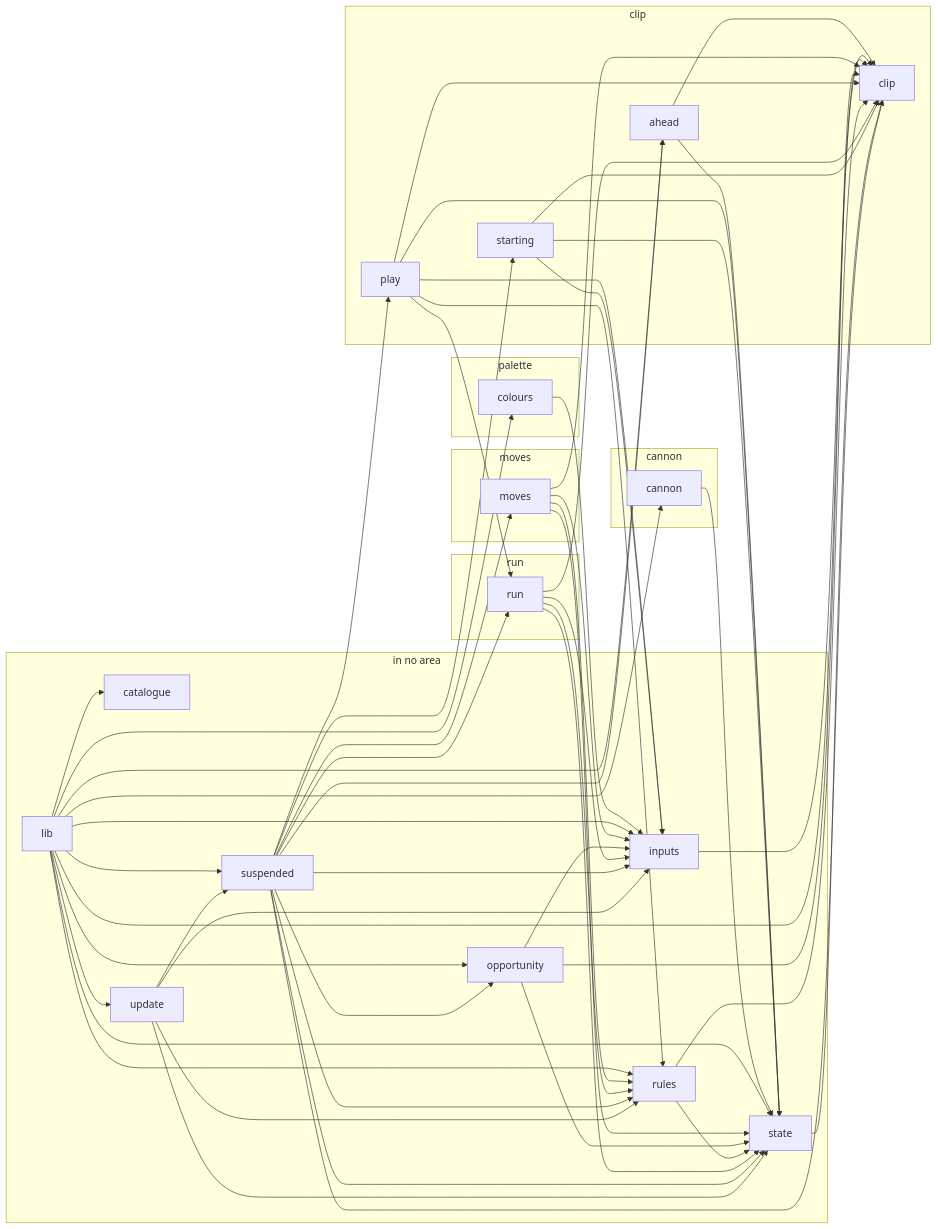
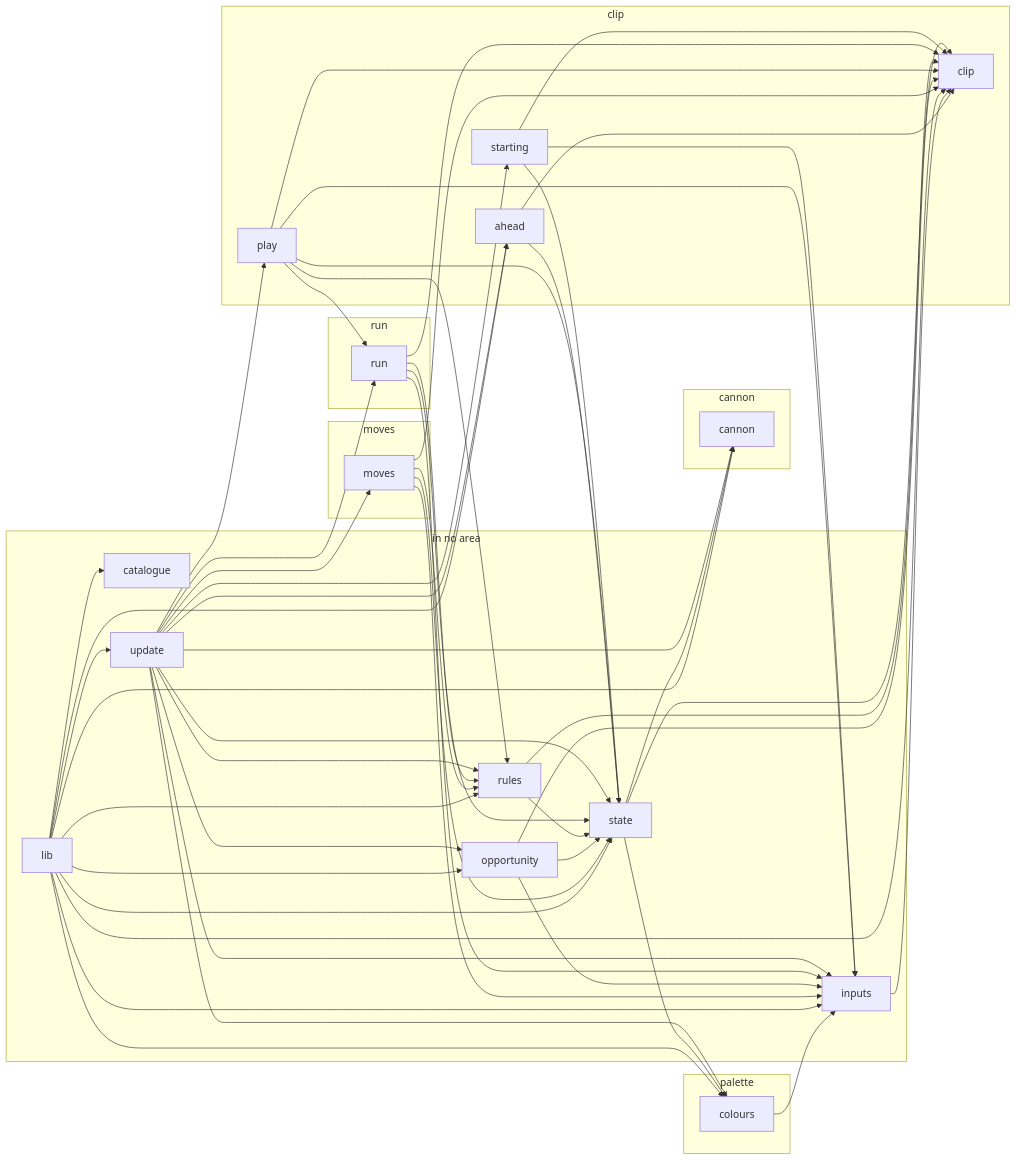
Diagram 11 of 18 in docs/REPORT.md (JimLundin/sm-decomp), drawn with Mermaid before and after one commit. The commit also changed other lines of this file and 80 other files, not shown here.

````diff
--- a/docs/REPORT.md
+++ b/docs/REPORT.md
@@ -1924,7 +1906,6 @@
     m_opportunity["opportunity"]
     m_rules["rules"]
     m_state["state"]
-    m_suspended["suspended"]
     m_update["update"]
   end
   subgraph a_cannon["cannon"]
@@ -1947,7 +1928,6 @@
   end
   m_ahead --> m_clip
   m_ahead --> m_state
-  m_cannon --> m_state
   m_colours --> m_inputs
   m_inputs --> m_clip
   m_lib --> m_ahead
@@ -1959,7 +1939,6 @@
   m_lib --> m_opportunity
   m_lib --> m_rules
   m_lib --> m_state
-  m_lib --> m_suspended
   m_lib --> m_update
   m_moves --> m_clip
   m_moves --> m_inputs
@@ -1982,19 +1961,18 @@
   m_starting --> m_clip
   m_starting --> m_inputs
   m_starting --> m_state
+  m_state --> m_cannon
   m_state --> m_clip
-  m_suspended --> m_ahead
-  m_suspended --> m_clip
-  m_suspended --> m_inputs
-  m_suspended --> m_moves
-  m_suspended --> m_opportunity
-  m_suspended --> m_play
-  m_suspended --> m_rules
-  m_suspended --> m_run
-  m_suspended --> m_starting
-  m_suspended --> m_state
+  m_state --> m_colours
+  m_update --> m_ahead
+  m_update --> m_cannon
+  m_update --> m_colours
   m_update --> m_inputs
+  m_update --> m_moves
+  m_update --> m_opportunity
+  m_update --> m_play
   m_update --> m_rules
+  m_update --> m_run
+  m_update --> m_starting
   m_update --> m_state
-  m_update --> m_suspended
 ```
````
